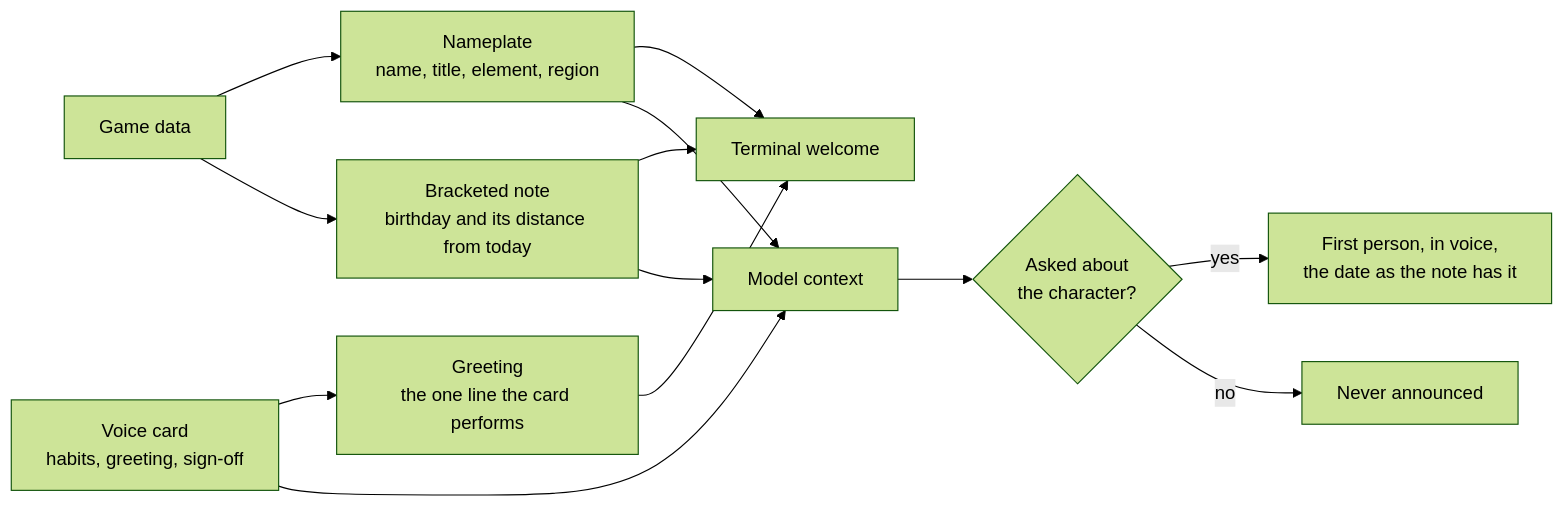
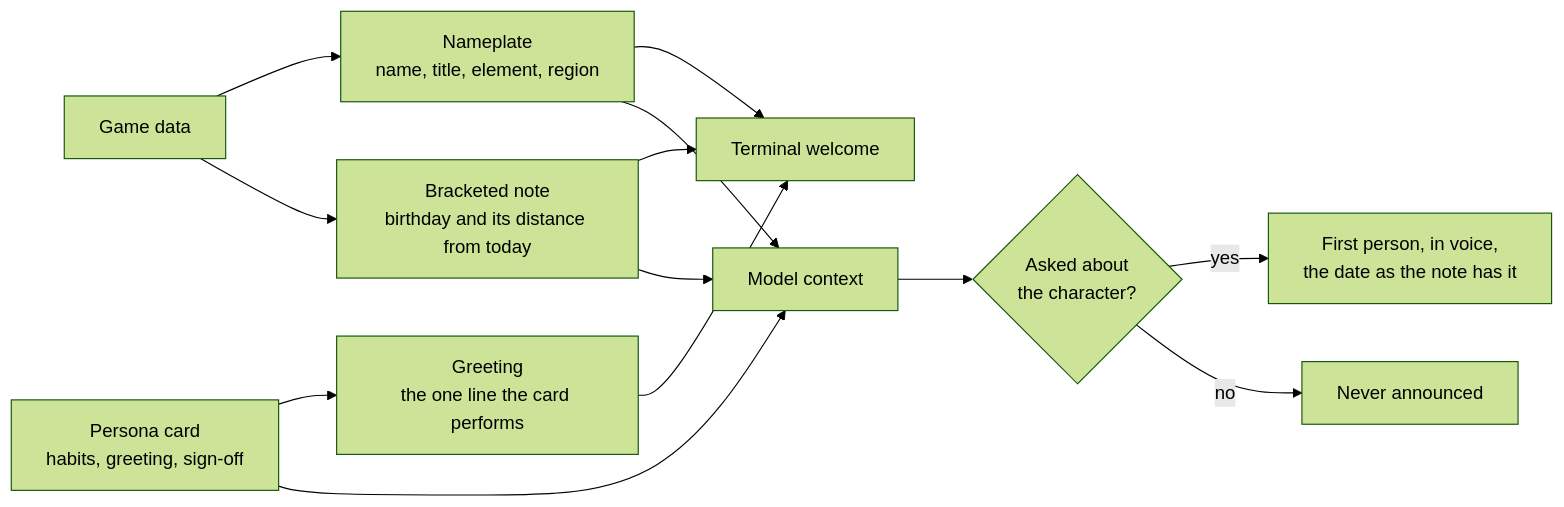
One commit to Esposter/Esposter changed the third of 4 diagrams in apps/web/content/docs/infra/claude-interface/persona-plugin.md. Above: the diagram before and after it, drawn with Mermaid (forest theme). The commit also changed other lines of this file and 17 other files, not shown here.

First line of the commit message:
docs(genshin-persona): the card is a module, the roster is cached, the floor is stated

````diff
--- a/apps/web/content/docs/infra/claude-interface/persona-plugin.md
+++ b/apps/web/content/docs/infra/claude-interface/persona-plugin.md
@@ -123,23 +125,23 @@
 ```mermaid
 flowchart LR
     Data["Game data"]
-    VoiceCard["Voice card<br/>habits, greeting, sign-off"]
+    PersonaCard["Persona card<br/>habits, greeting, sign-off"]
     Headline["Nameplate<br/>name, title, element, region"]
     Note["Bracketed note<br/>birthday and its distance from today"]
     Greeting["Greeting<br/>the one line the card performs"]
     Terminal["Terminal welcome"]
     Context["Model context"]
     Asked{Asked about<br/>the character?}
     Answer["First person, in voice,<br/>the date as the note has it"]
     Silent["Never announced"]
 
     Data --> Headline --> Terminal
     Data --> Note --> Terminal
-    VoiceCard --> Greeting --> Terminal
+    PersonaCard --> Greeting --> Terminal
     Headline --> Context
     Note --> Context
-    VoiceCard --> Context
+    PersonaCard --> Context
     Context --> Asked
     Asked -- yes --> Answer
     Asked -- no --> Silent
 ```
````
